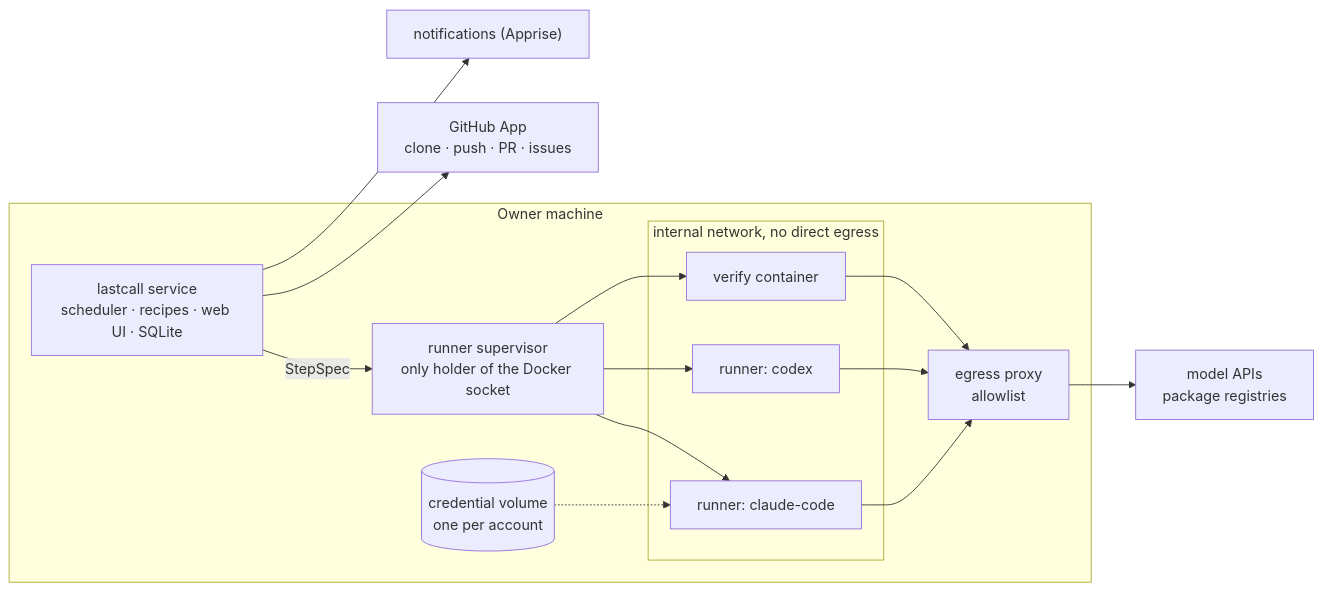
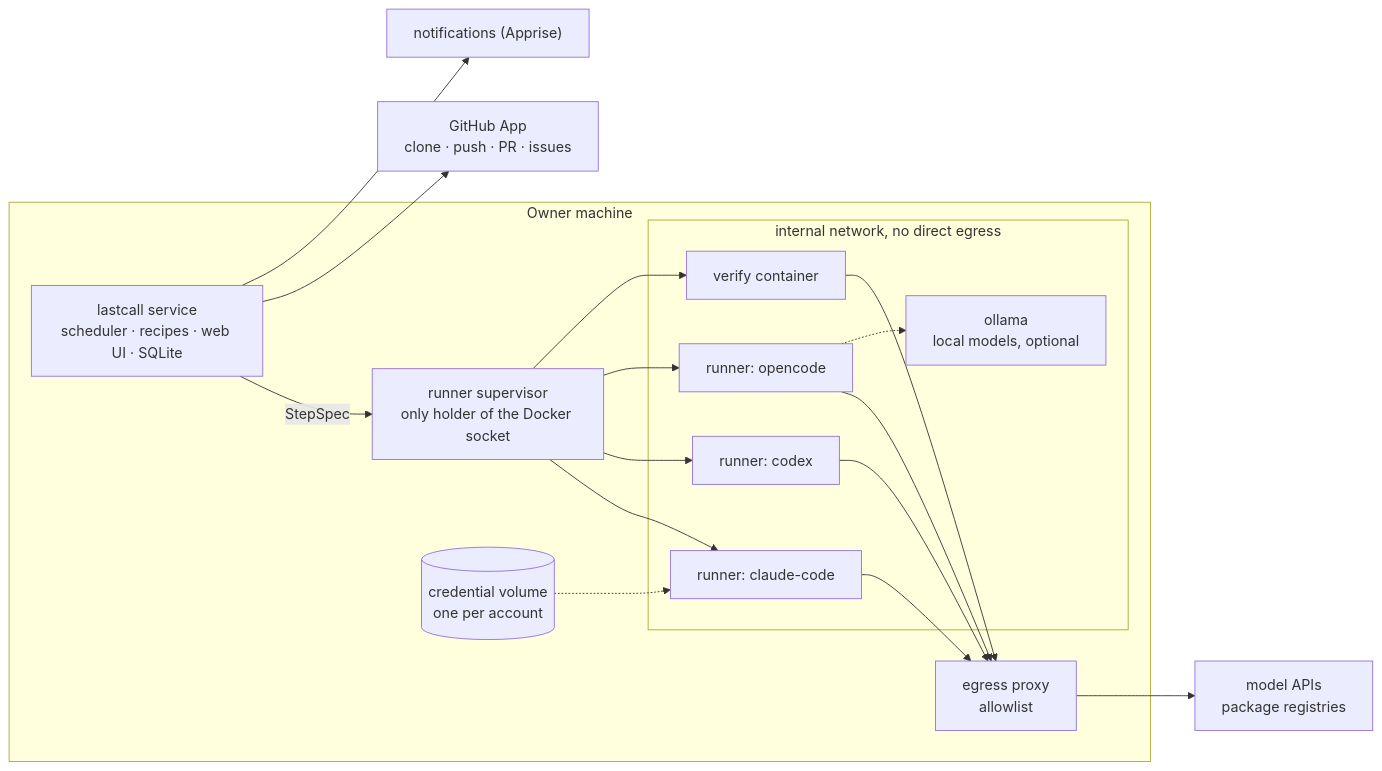
The diagram in DESIGN.md (ne0x86/lastcall), drawn with Mermaid before and after one commit. The commit also changed other lines of this file and 37 other files, not shown here.

First line of the commit message:
Add the opencode engine: API keys with a monthly budget, and local models on a schedule

````diff
--- a/DESIGN.md
+++ b/DESIGN.md
@@ -95,21 +96,24 @@
 ```mermaid
 flowchart LR
   subgraph host ["Owner machine"]
     S["lastcall service<br/>scheduler · recipes · web UI · SQLite"]
     V["runner supervisor<br/>only holder of the Docker socket"]
     E["egress proxy<br/>allowlist"]
     C1[("credential volume<br/>one per account")]
     subgraph sandbox ["internal network, no direct egress"]
       R1["runner: claude-code"]
       R2["runner: codex"]
+      R3["runner: opencode"]
       T["verify container"]
+      L["ollama<br/>local models, optional"]
     end
   end
   S -- "StepSpec" --> V
-  V --> R1 & R2 & T
-  R1 & R2 & T --> E
+  V --> R1 & R2 & R3 & T
+  R1 & R2 & R3 & T --> E
+  R3 -.-> L
   E --> M["model APIs<br/>package registries"]
   C1 -.-> R1
   S --> G["GitHub App<br/>clone · push · PR · issues"]
   S --> N["notifications (Apprise)"]
 ```
````
